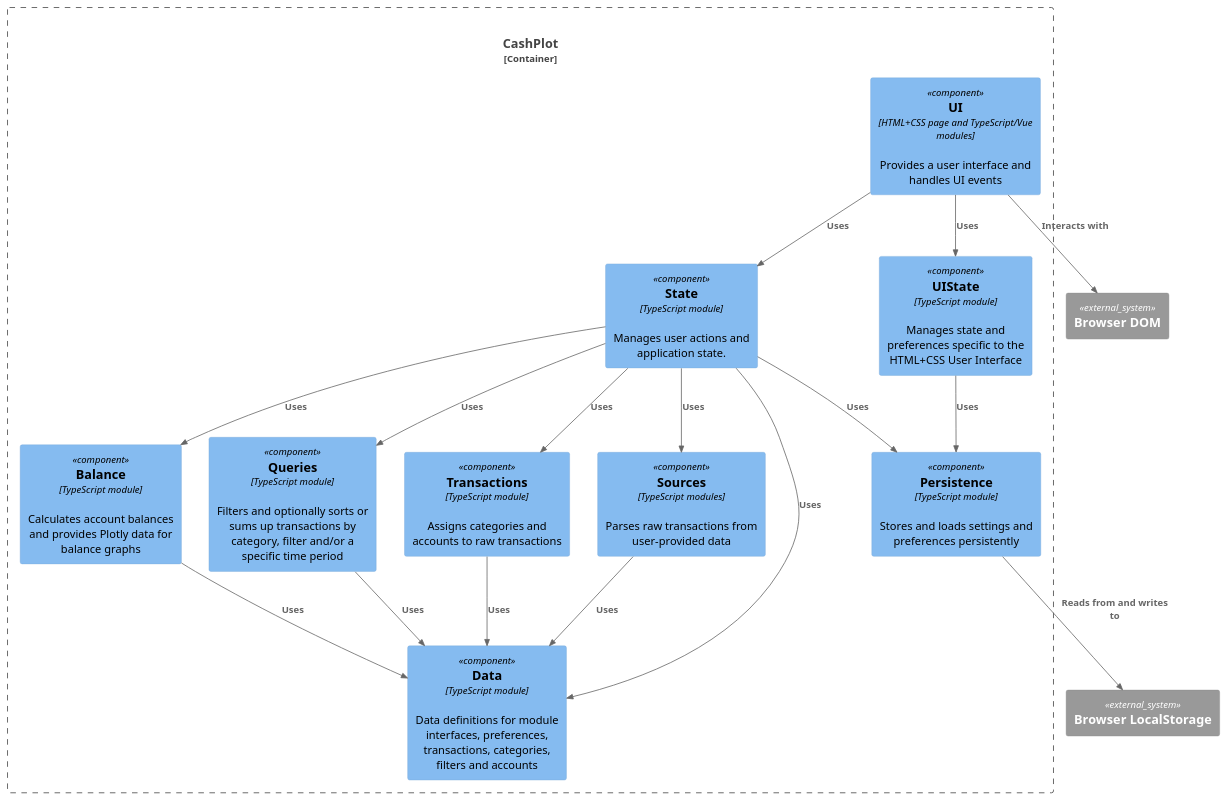
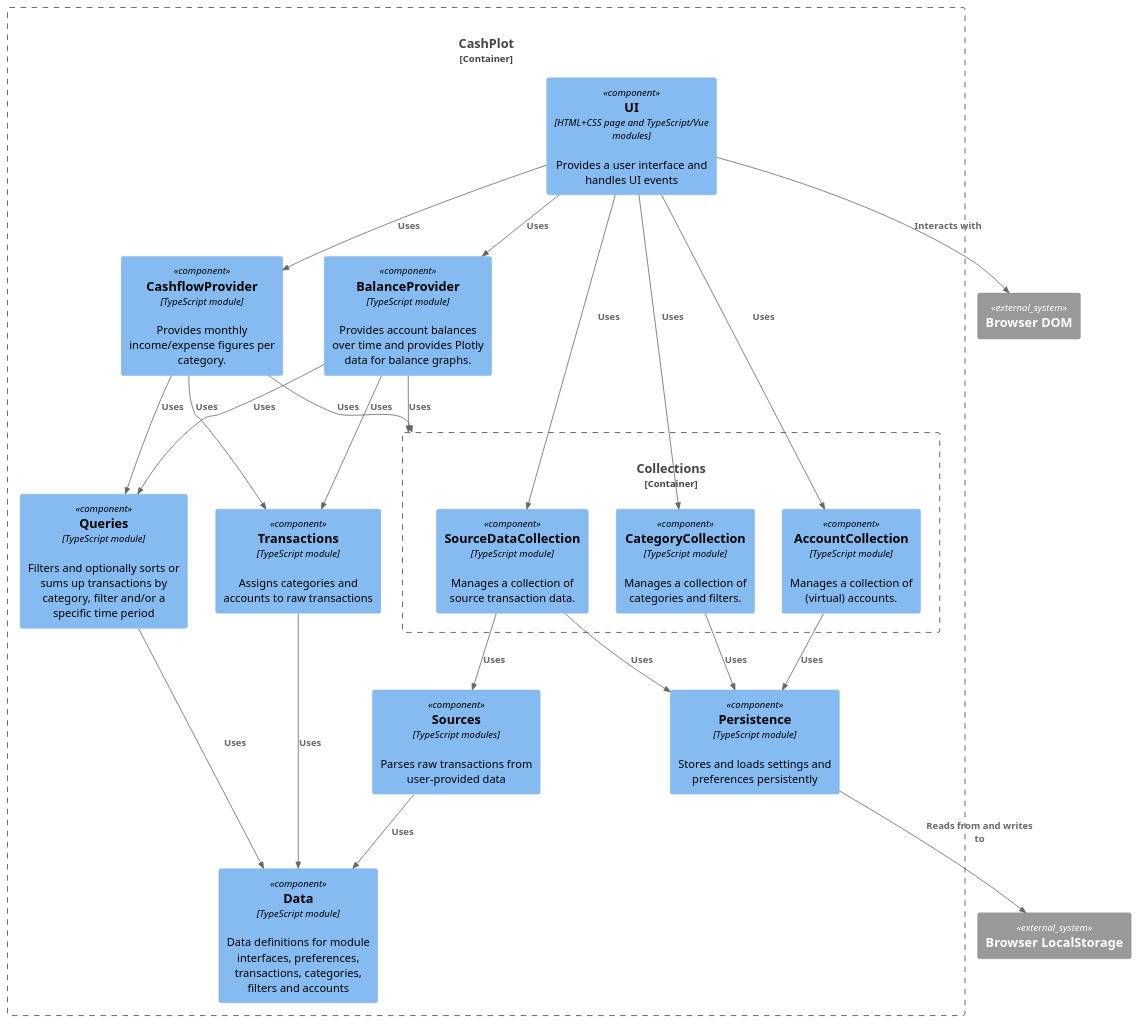
One commit to cuiter/cashplot changed the diagram in design/ComponentDiagram.plantuml. Above: the diagram before and after it, drawn with PlantUML.

Commit message:
Refine component diagram: split up State into SourceDataCollection, CategoryCollection and AccountCollection and add cash flow + balance providers

```diff
--- a/design/ComponentDiagram.plantuml
+++ b/design/ComponentDiagram.plantuml
@@ -1,41 +1,50 @@
 @startuml
 
 !include https://raw.githubusercontent.com/plantuml-stdlib/C4-PlantUML/v2.3.0/C4_Context.puml
 !include https://raw.githubusercontent.com/plantuml-stdlib/C4-PlantUML/v2.3.0/C4_Container.puml
 !include https://raw.githubusercontent.com/plantuml-stdlib/C4-PlantUML/v2.3.0/C4_Component.puml
 
 
-Container_Boundary(c1, "CashPlot") {
+Container_Boundary(cashplot_container, "CashPlot") {
     Component(ui_component, "UI", "HTML+CSS page and TypeScript/Vue modules", "Provides a user interface and handles UI events")
-    Component(state_component, "State", "TypeScript module", "Manages user actions and application state.")
-    Component(uistate_component, "UIState", "TypeScript module", "Manages state and preferences specific to the HTML+CSS User Interface")
+    Container_Boundary(collections_container, "Collections") {
+        Component(source_data_collection_component, "SourceDataCollection", "TypeScript module", "Manages a collection of source transaction data.")
+        Component(category_collection_component, "CategoryCollection", "TypeScript module", "Manages a collection of categories and filters.")
+        Component(account_collection_component, "AccountCollection", "TypeScript module", "Manages a collection of (virtual) accounts.")
+    }
+    Component(cashflow_provider_component, "CashflowProvider", "TypeScript module", "Provides monthly income/expense figures per category.")
+    Component(balance_provider_component, "BalanceProvider", "TypeScript module", "Provides account balances over time and provides Plotly data for balance graphs.")
     Component(persistence_component, "Persistence", "TypeScript module", "Stores and loads settings and preferences persistently")
-    Component(balance_component, "Balance", "TypeScript module", "Calculates account balances and provides Plotly data for balance graphs")
     Component(queries_component, "Queries", "TypeScript module", "Filters and optionally sorts or sums up transactions by category, filter and/or a specific time period")
     Component(transactions_component, "Transactions", "TypeScript module", "Assigns categories and accounts to raw transactions")
     Component(sources_component, "Sources", "TypeScript modules", "Parses raw transactions from user-provided data")
     Component(data_component, "Data", "TypeScript module", "Data definitions for module interfaces, preferences, transactions, categories, filters and accounts")
 
-    Rel(ui_component, state_component, "Uses")
-    Rel(ui_component, uistate_component, "Uses")
-    Rel(uistate_component, persistence_component, "Uses")
-    Rel(state_component, persistence_component, "Uses")
-    Rel(state_component, balance_component, "Uses")
-    Rel(state_component, queries_component, "Uses")
-    Rel(state_component, transactions_component, "Uses")
-    Rel(state_component, sources_component, "Uses")
-    Rel(state_component, data_component, "Uses")
-    Rel(balance_component, data_component, "Uses")
+    Rel(ui_component, source_data_collection_component, "Uses")
+    Rel(ui_component, category_collection_component, "Uses")
+    Rel(ui_component, account_collection_component, "Uses")
+    Rel(ui_component, cashflow_provider_component, "Uses")
+    Rel(ui_component, balance_provider_component, "Uses")
+    Rel(source_data_collection_component, persistence_component, "Uses")
+    Rel(source_data_collection_component, sources_component, "Uses")
+    Rel(category_collection_component, persistence_component, "Uses")
+    Rel(account_collection_component, persistence_component, "Uses")
+    Rel(cashflow_provider_component, collections_container, "Uses")
+    Rel(cashflow_provider_component, queries_component, "Uses")
+    Rel(cashflow_provider_component, transactions_component, "Uses")
+    Rel(balance_provider_component, collections_container, "Uses")
+    Rel(balance_provider_component, queries_component, "Uses")
+    Rel(balance_provider_component, transactions_component, "Uses")
     Rel(queries_component, data_component, "Uses")
     Rel(transactions_component, data_component, "Uses")
     Rel(sources_component, data_component, "Uses")
 }
 
 System_Ext(browser_dom, "Browser DOM")
 System_Ext(browser_localstorage, "Browser LocalStorage")
 
 Rel(ui_component, browser_dom, "Interacts with")
 Rel(persistence_component, browser_localstorage, "Reads from and writes to")
 
 
 @enduml
```
